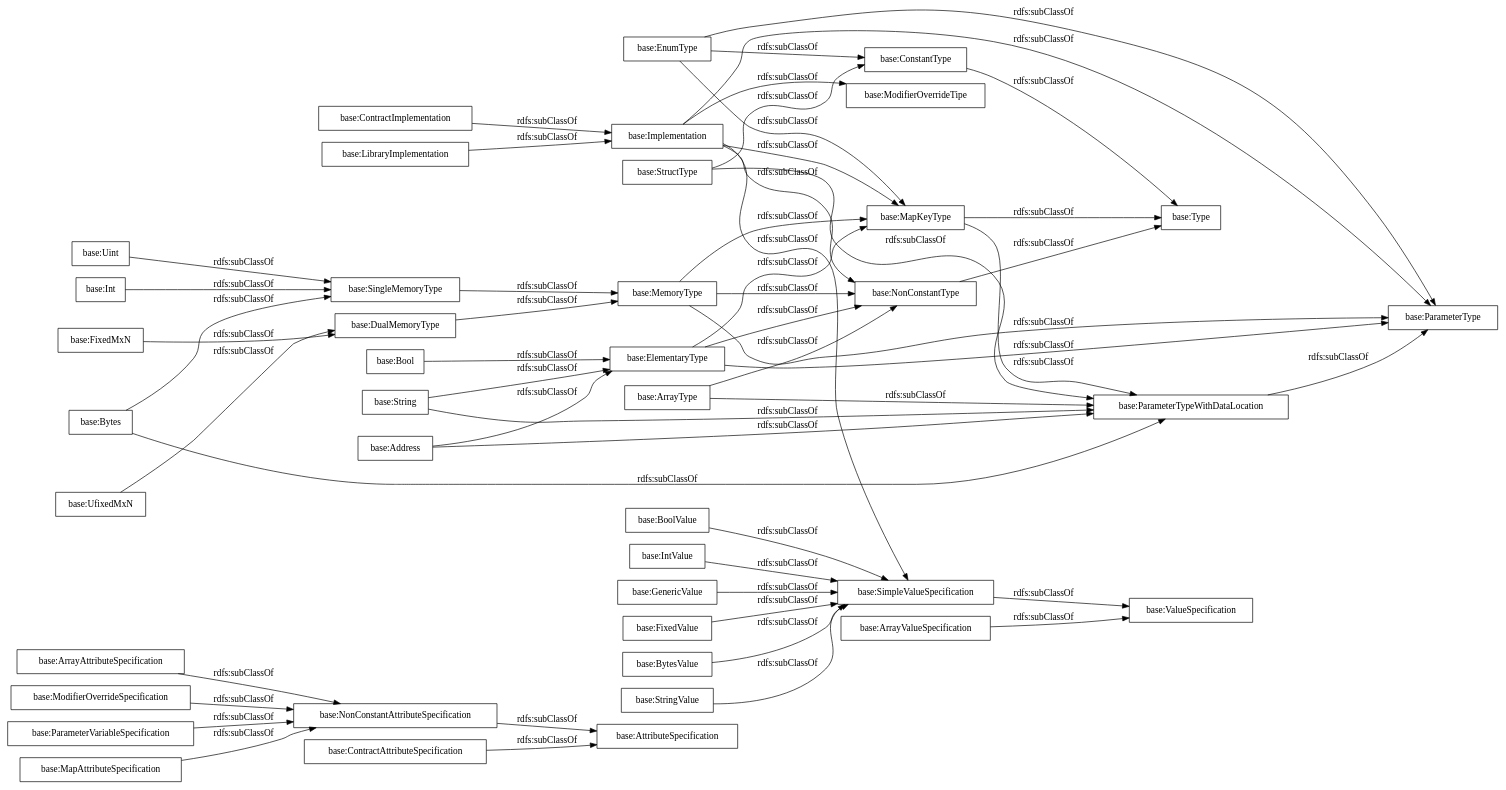
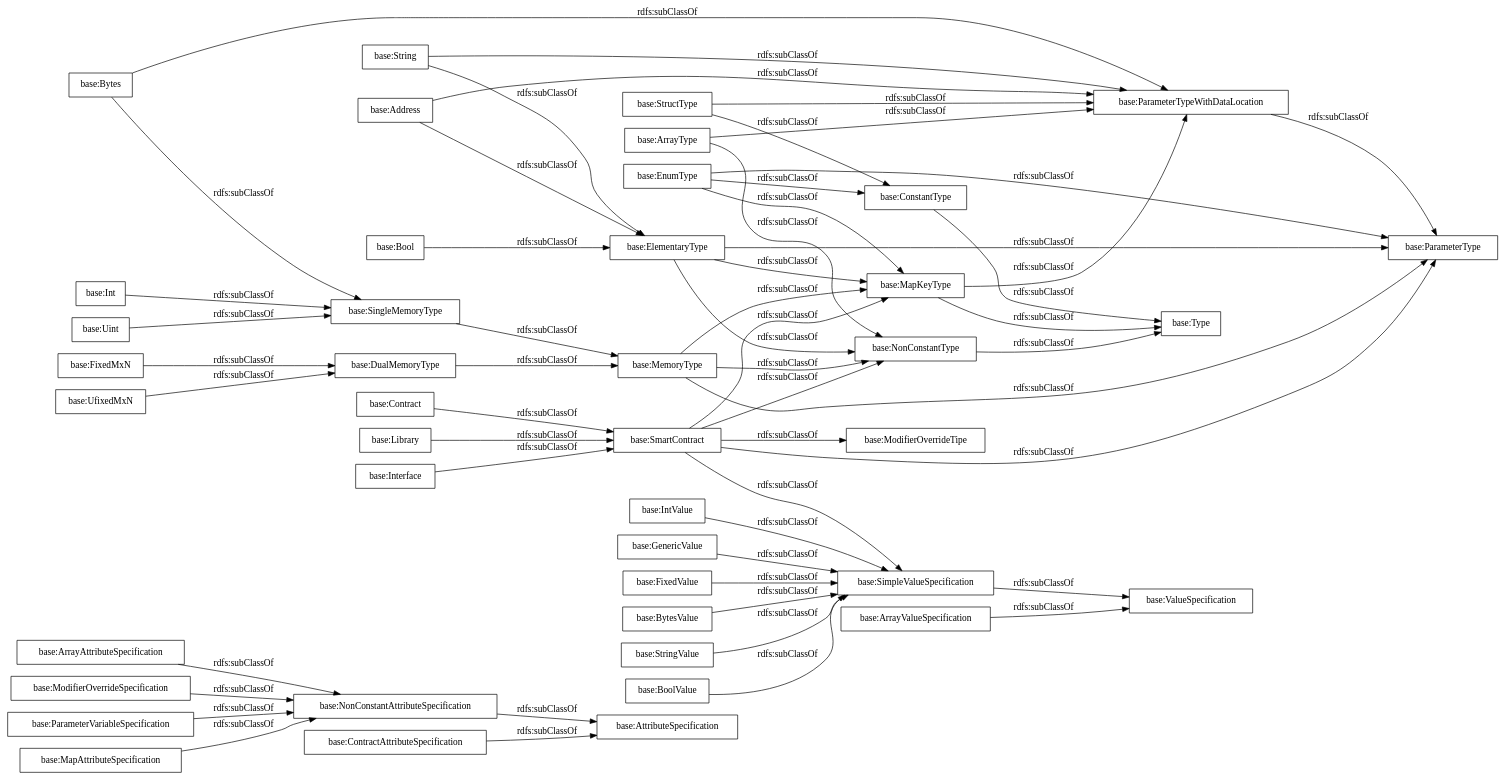
One commit to oeg-upm/Solidity-ontology changed the diagram in OnToology/ontology.ttl/diagrams/ar2dtool-taxonomy/ontology.ttl.png.dot. Above: the diagram before and after it, drawn with Graphviz. The commit also changed 12 other files, not shown here.

```diff
--- a/OnToology/ontology.ttl/diagrams/ar2dtool-taxonomy/ontology.ttl.png.dot
+++ b/OnToology/ontology.ttl/diagrams/ar2dtool-taxonomy/ontology.ttl.png.dot
@@ -1,58 +1,59 @@
 digraph ar2dtool_diagram { 
 rankdir=LR;
 size="1000"
-node [shape = rectangle, color="black"]; "base:ArrayAttributeSpecification" "base:Address" "base:Uint" "base:ValueSpecification" "base:DualMemoryType" "base:SingleMemoryType" "base:BoolValue" "base:IntValue" "base:NonConstantType" "base:AttributeSpecification" "base:String" "base:GenericValue" "base:Int" "base:ParameterTypeWithDataLocation" "base:NonConstantAttributeSpecification" "base:ConstantType" "base:FixedValue" "base:FixedMxN" "base:Bool" "base:ContractAttributeSpecification" "base:Implementation" "base:ElementaryType" "base:ArrayValueSpecification" "base:MapKeyType" "base:StructType" "base:ModifierOverrideSpecification" "base:ParameterVariableSpecification" "base:SimpleValueSpecification" "base:Type" "base:LibraryImplementation" "base:BytesValue" "base:MapAttributeSpecification" "base:StringValue" "base:ParameterType" "base:ContractImplementation" "base:ArrayType" "base:UfixedMxN" "base:Bytes" "base:EnumType" "base:MemoryType" "base:ModifierOverrideTipe" ; /*classes style*/
+node [shape = rectangle, color="black"]; "base:ArrayAttributeSpecification" "base:Address" "base:Uint" "base:ValueSpecification" "base:SmartContract" "base:DualMemoryType" "base:SingleMemoryType" "base:BoolValue" "base:IntValue" "base:NonConstantType" "base:AttributeSpecification" "base:String" "base:GenericValue" "base:Int" "base:ParameterTypeWithDataLocation" "base:NonConstantAttributeSpecification" "base:ConstantType" "base:Interface" "base:FixedValue" "base:FixedMxN" "base:Bool" "base:ContractAttributeSpecification" "base:ElementaryType" "base:ArrayValueSpecification" "base:MapKeyType" "base:Contract" "base:StructType" "base:ModifierOverrideSpecification" "base:ParameterVariableSpecification" "base:SimpleValueSpecification" "base:Library" "base:Type" "base:BytesValue" "base:MapAttributeSpecification" "base:StringValue" "base:ParameterType" "base:ArrayType" "base:UfixedMxN" "base:Bytes" "base:EnumType" "base:MemoryType" "base:ModifierOverrideTipe" ; /*classes style*/
 	"base:ArrayValueSpecification" -> "base:ValueSpecification" [ label = "rdfs:subClassOf" ];
 	"base:ElementaryType" -> "base:ParameterType" [ label = "rdfs:subClassOf" ];
 	"base:ElementaryType" -> "base:NonConstantType" [ label = "rdfs:subClassOf" ];
 	"base:ElementaryType" -> "base:MapKeyType" [ label = "rdfs:subClassOf" ];
 	"base:MapKeyType" -> "base:Type" [ label = "rdfs:subClassOf" ];
 	"base:MapKeyType" -> "base:ParameterTypeWithDataLocation" [ label = "rdfs:subClassOf" ];
-	"base:LibraryImplementation" -> "base:Implementation" [ label = "rdfs:subClassOf" ];
 	"base:String" -> "base:ParameterTypeWithDataLocation" [ label = "rdfs:subClassOf" ];
 	"base:String" -> "base:ElementaryType" [ label = "rdfs:subClassOf" ];
 	"base:StructType" -> "base:ParameterTypeWithDataLocation" [ label = "rdfs:subClassOf" ];
 	"base:StructType" -> "base:ConstantType" [ label = "rdfs:subClassOf" ];
 	"base:MemoryType" -> "base:ParameterType" [ label = "rdfs:subClassOf" ];
 	"base:MemoryType" -> "base:NonConstantType" [ label = "rdfs:subClassOf" ];
 	"base:MemoryType" -> "base:MapKeyType" [ label = "rdfs:subClassOf" ];
 	"base:Bool" -> "base:ElementaryType" [ label = "rdfs:subClassOf" ];
 	"base:DualMemoryType" -> "base:MemoryType" [ label = "rdfs:subClassOf" ];
 	"base:ArrayAttributeSpecification" -> "base:NonConstantAttributeSpecification" [ label = "rdfs:subClassOf" ];
 	"base:ArrayType" -> "base:ParameterTypeWithDataLocation" [ label = "rdfs:subClassOf" ];
 	"base:ArrayType" -> "base:NonConstantType" [ label = "rdfs:subClassOf" ];
 	"base:SimpleValueSpecification" -> "base:ValueSpecification" [ label = "rdfs:subClassOf" ];
 	"base:FixedMxN" -> "base:DualMemoryType" [ label = "rdfs:subClassOf" ];
-	"base:Uint" -> "base:SingleMemoryType" [ label = "rdfs:subClassOf" ];
+	"base:Library" -> "base:SmartContract" [ label = "rdfs:subClassOf" ];
 	"base:Address" -> "base:ParameterTypeWithDataLocation" [ label = "rdfs:subClassOf" ];
 	"base:Address" -> "base:ElementaryType" [ label = "rdfs:subClassOf" ];
 	"base:SingleMemoryType" -> "base:MemoryType" [ label = "rdfs:subClassOf" ];
-	"base:ContractImplementation" -> "base:Implementation" [ label = "rdfs:subClassOf" ];
+	"base:Uint" -> "base:SingleMemoryType" [ label = "rdfs:subClassOf" ];
 	"base:ConstantType" -> "base:Type" [ label = "rdfs:subClassOf" ];
-	"base:Implementation" -> "base:SimpleValueSpecification" [ label = "rdfs:subClassOf" ];
-	"base:Implementation" -> "base:ParameterType" [ label = "rdfs:subClassOf" ];
-	"base:Implementation" -> "base:NonConstantType" [ label = "rdfs:subClassOf" ];
-	"base:Implementation" -> "base:ModifierOverrideTipe" [ label = "rdfs:subClassOf" ];
-	"base:Implementation" -> "base:MapKeyType" [ label = "rdfs:subClassOf" ];
 	"base:BoolValue" -> "base:SimpleValueSpecification" [ label = "rdfs:subClassOf" ];
 	"base:MapAttributeSpecification" -> "base:NonConstantAttributeSpecification" [ label = "rdfs:subClassOf" ];
 	"base:ContractAttributeSpecification" -> "base:AttributeSpecification" [ label = "rdfs:subClassOf" ];
 	"base:ParameterTypeWithDataLocation" -> "base:ParameterType" [ label = "rdfs:subClassOf" ];
+	"base:NonConstantAttributeSpecification" -> "base:AttributeSpecification" [ label = "rdfs:subClassOf" ];
 	"base:ParameterVariableSpecification" -> "base:NonConstantAttributeSpecification" [ label = "rdfs:subClassOf" ];
 	"base:UfixedMxN" -> "base:DualMemoryType" [ label = "rdfs:subClassOf" ];
 	"base:Int" -> "base:SingleMemoryType" [ label = "rdfs:subClassOf" ];
-	"base:NonConstantAttributeSpecification" -> "base:AttributeSpecification" [ label = "rdfs:subClassOf" ];
 	"base:FixedValue" -> "base:SimpleValueSpecification" [ label = "rdfs:subClassOf" ];
+	"base:Contract" -> "base:SmartContract" [ label = "rdfs:subClassOf" ];
+	"base:SmartContract" -> "base:SimpleValueSpecification" [ label = "rdfs:subClassOf" ];
+	"base:SmartContract" -> "base:ParameterType" [ label = "rdfs:subClassOf" ];
+	"base:SmartContract" -> "base:NonConstantType" [ label = "rdfs:subClassOf" ];
+	"base:SmartContract" -> "base:ModifierOverrideTipe" [ label = "rdfs:subClassOf" ];
+	"base:SmartContract" -> "base:MapKeyType" [ label = "rdfs:subClassOf" ];
 	"base:Bytes" -> "base:SingleMemoryType" [ label = "rdfs:subClassOf" ];
 	"base:Bytes" -> "base:ParameterTypeWithDataLocation" [ label = "rdfs:subClassOf" ];
+	"base:Interface" -> "base:SmartContract" [ label = "rdfs:subClassOf" ];
 	"base:StringValue" -> "base:SimpleValueSpecification" [ label = "rdfs:subClassOf" ];
 	"base:NonConstantType" -> "base:Type" [ label = "rdfs:subClassOf" ];
 	"base:EnumType" -> "base:ParameterType" [ label = "rdfs:subClassOf" ];
 	"base:EnumType" -> "base:MapKeyType" [ label = "rdfs:subClassOf" ];
 	"base:EnumType" -> "base:ConstantType" [ label = "rdfs:subClassOf" ];
 	"base:IntValue" -> "base:SimpleValueSpecification" [ label = "rdfs:subClassOf" ];
 	"base:ModifierOverrideSpecification" -> "base:NonConstantAttributeSpecification" [ label = "rdfs:subClassOf" ];
 	"base:GenericValue" -> "base:SimpleValueSpecification" [ label = "rdfs:subClassOf" ];
 	"base:BytesValue" -> "base:SimpleValueSpecification" [ label = "rdfs:subClassOf" ];
 
 }
```
